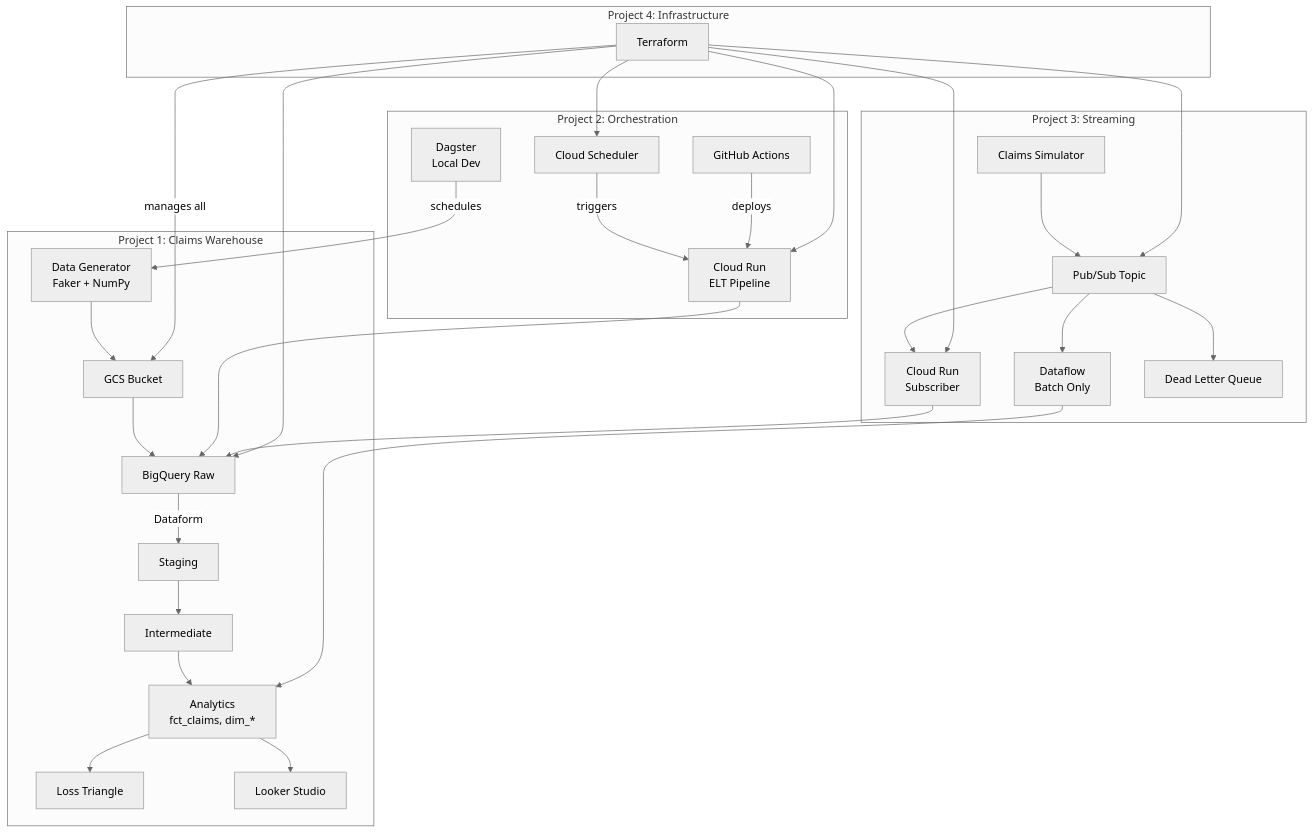
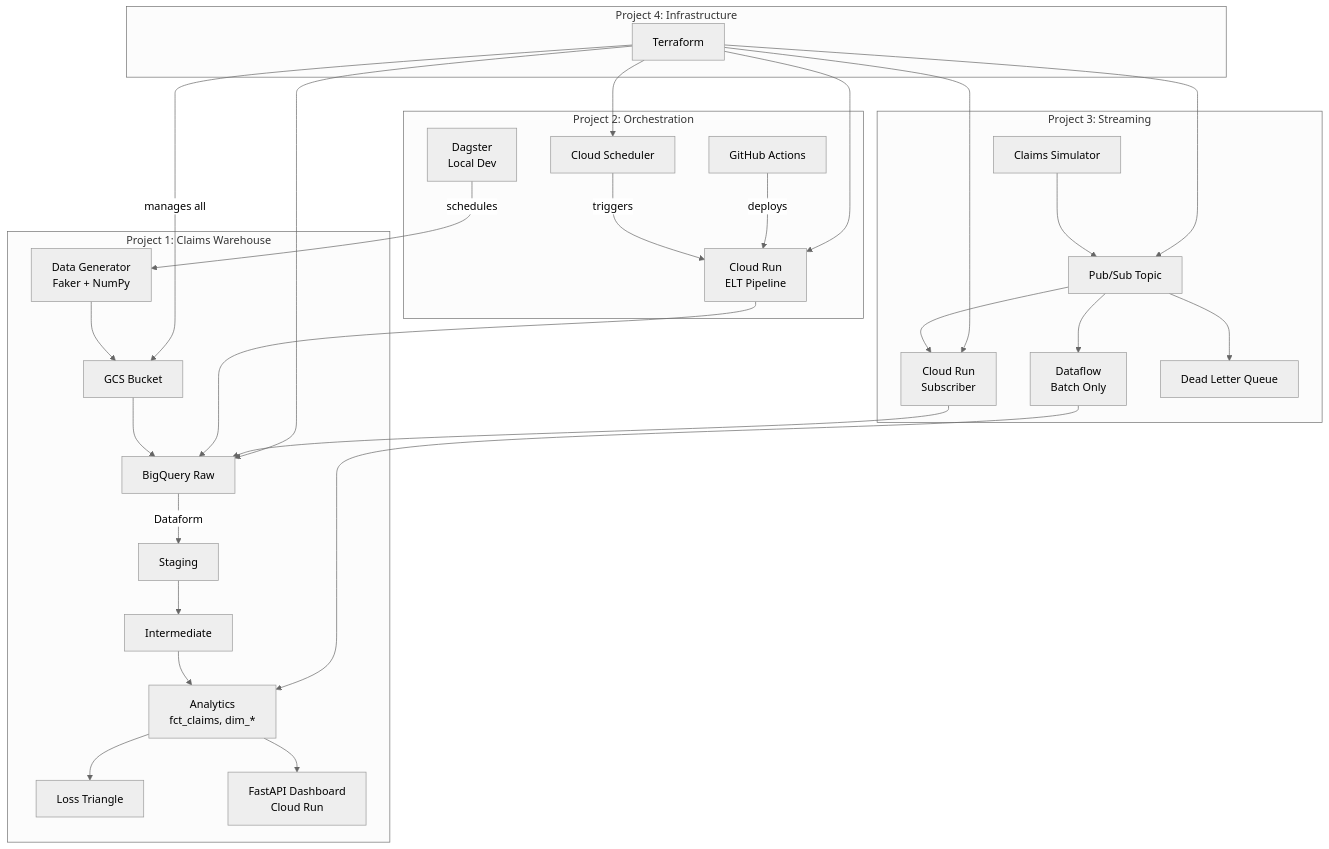
The first of 2 diagrams in README.md (GonorAndres/data-engineer-path), drawn with Mermaid (neutral theme) before and after one commit. The commit also changed other lines of this file and 10 other files, not shown here.

````diff
--- a/README.md
+++ b/README.md
@@ -9,37 +22,37 @@
 ```mermaid
 graph TB
     subgraph "Project 1: Claims Warehouse"
         GEN[Data Generator<br/>Faker + NumPy] --> GCS[GCS Bucket]
         GCS --> BQ_RAW[BigQuery Raw]
         BQ_RAW --> |Dataform| BQ_STG[Staging]
         BQ_STG --> BQ_INT[Intermediate]
         BQ_INT --> BQ_MART[Analytics<br/>fct_claims, dim_*]
         BQ_MART --> TRIANGLE[Loss Triangle]
-        BQ_MART --> DASH[Looker Studio]
+        BQ_MART --> DASH[FastAPI Dashboard<br/>Cloud Run]
     end
 
     subgraph "Project 2: Orchestration"
         DAGSTER[Dagster<br/>Local Dev] --> |schedules| GEN
         SCHED[Cloud Scheduler] --> |triggers| CR_ELT[Cloud Run<br/>ELT Pipeline]
         CR_ELT --> BQ_RAW
         GHA[GitHub Actions] --> |deploys| CR_ELT
     end
 
     subgraph "Project 3: Streaming"
         SIM[Claims Simulator] --> PUBSUB[Pub/Sub Topic]
         PUBSUB --> CR_SUB[Cloud Run<br/>Subscriber]
         PUBSUB --> BEAM[Dataflow<br/>Batch Only]
         PUBSUB --> DLQ[Dead Letter Queue]
         CR_SUB --> BQ_RAW
         BEAM --> BQ_MART
     end
 
     subgraph "Project 4: Infrastructure"
         TF[Terraform] --> |manages all| GCS
         TF --> BQ_RAW
         TF --> PUBSUB
         TF --> CR_ELT
         TF --> CR_SUB
         TF --> SCHED
     end
 ```
````
